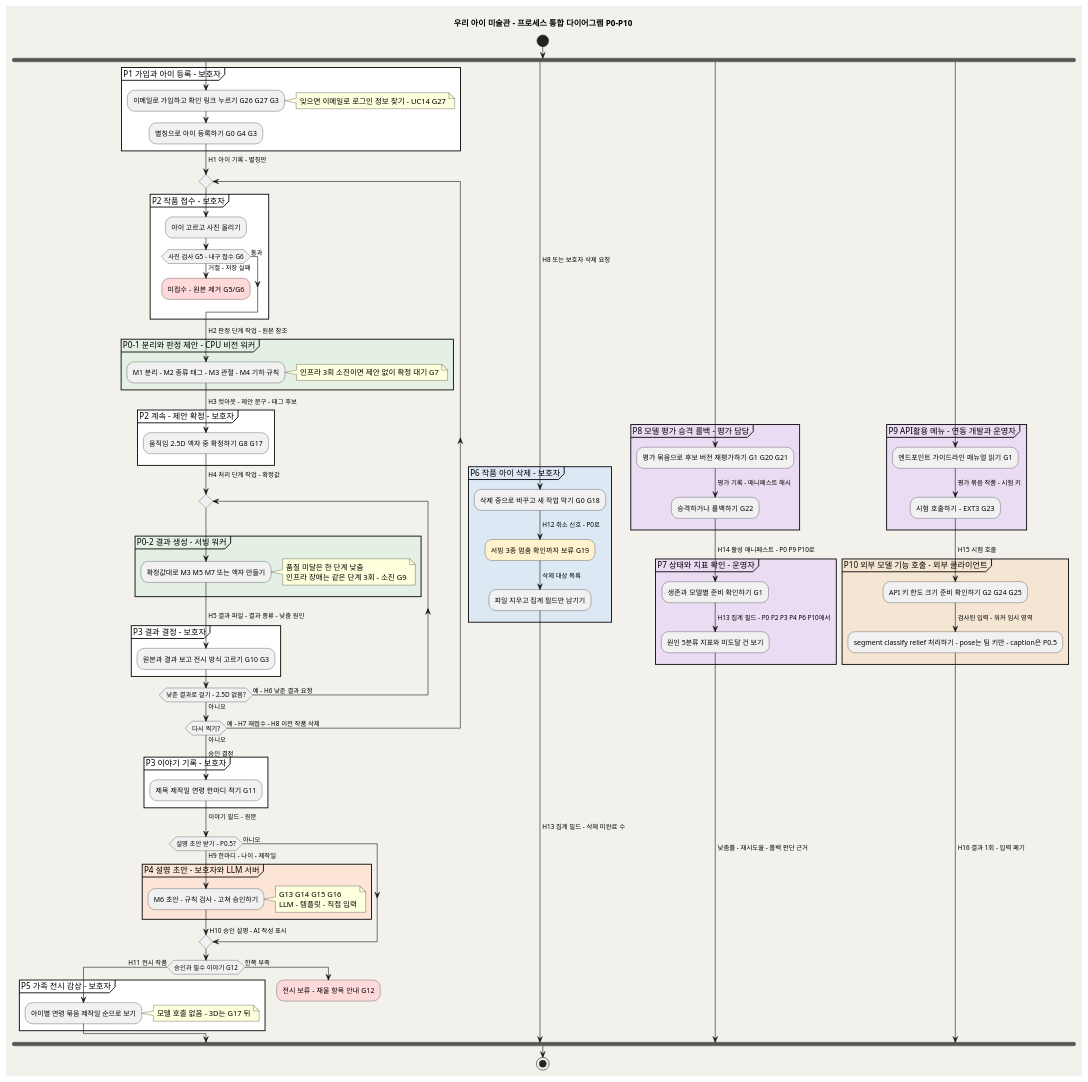
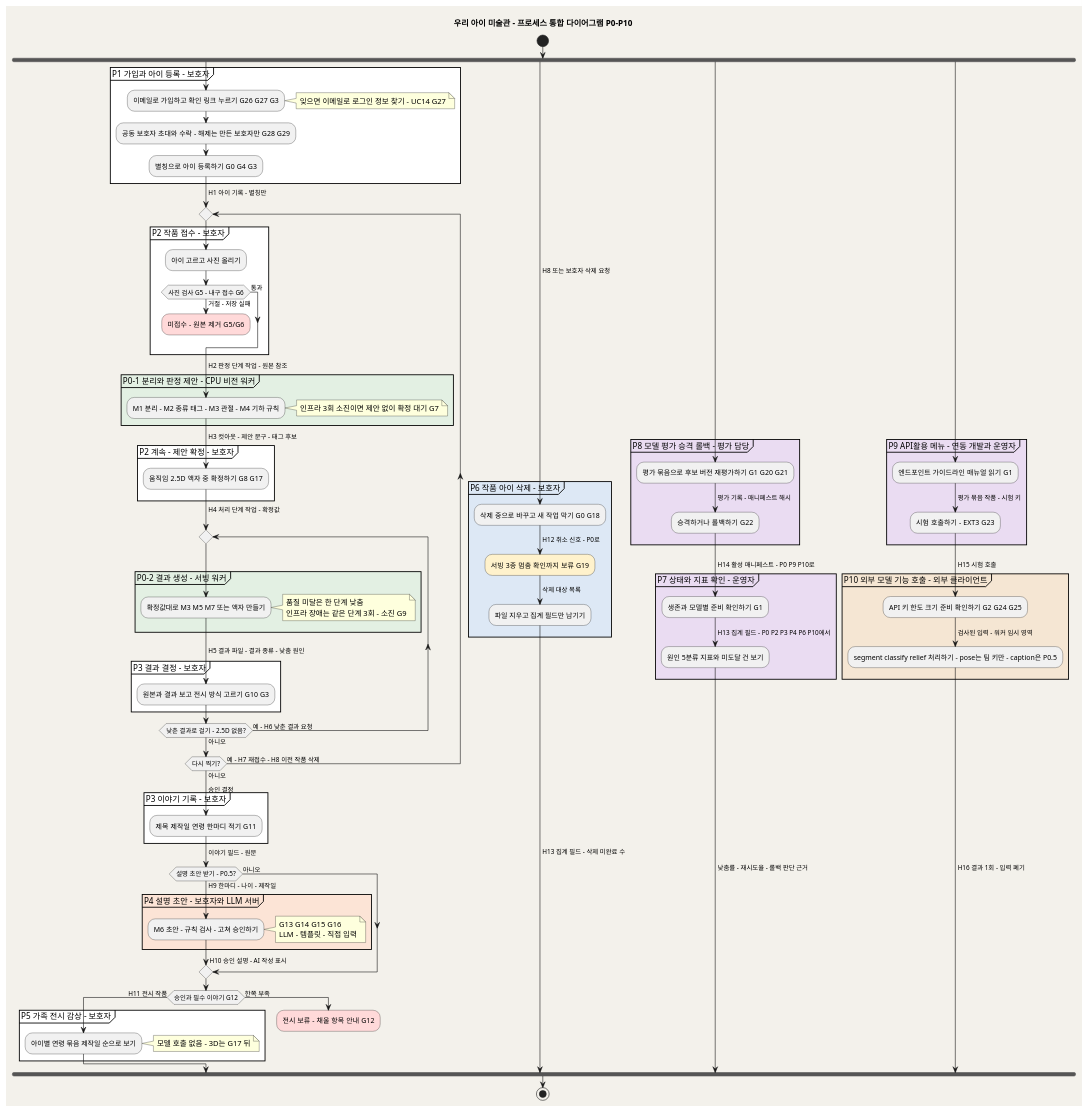
Before and after one commit to kids-gallery/uri-gallery: the diagram in design/SD_01_프로세스통합.md, drawn with PlantUML. The commit also changed other lines of this file and 14 other files, not shown here.

```diff
--- a/design/SD_01_프로세스통합.md
+++ b/design/SD_01_프로세스통합.md
@@ -22,6 +22,7 @@
   partition "P1 가입과 아이 등록 - 보호자" #FFFFFF {
     :이메일로 가입하고 확인 링크 누르기  G26 G27 G3;
     note right: 잊으면 이메일로 로그인 정보 찾기 - UC14 G27
+    :공동 보호자 초대와 수락 - 해제는 만든 보호자만  G28 G29;
     :별칭으로 아이 등록하기  G0 G4 G3;
   }
   -> H1 아이 기록 - 별칭만;
```
